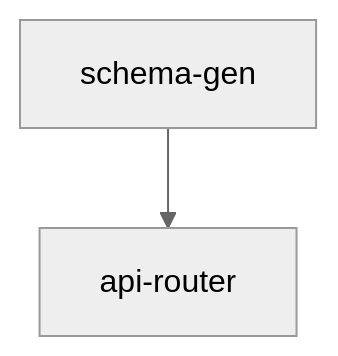
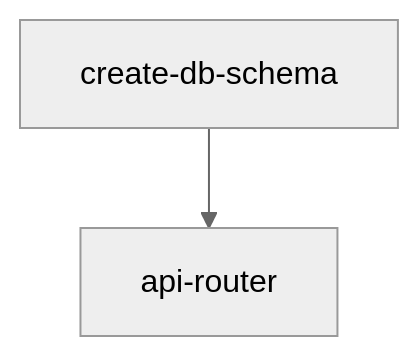
The diagram in plugins/schema0/skills/api-router/SKILL.md (ragdotpage/plugins), drawn with Mermaid (neutral theme) before and after one commit. The commit also changed other lines of this file and 20 other files, not shown here.

Commit message:
rename skills: schema-gen→create-db-schema, workflow-builder→build-workflow, table-customization→customize-table

````diff
--- a/plugins/schema0/skills/api-router/SKILL.md
+++ b/plugins/schema0/skills/api-router/SKILL.md
@@ -20,4 +20,4 @@
 ```mermaid
 flowchart TD
-    A[schema-gen] --> B[api-router]
+    A[create-db-schema] --> B[api-router]
 ```
````
